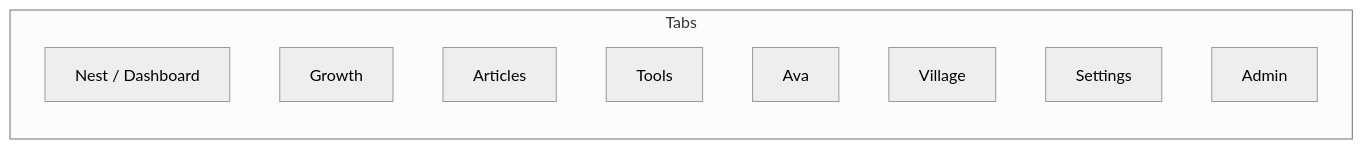
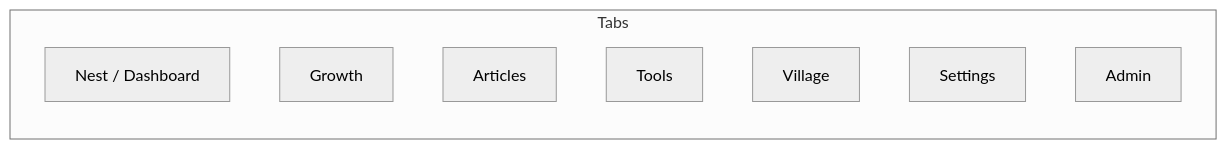
The second of 5 diagrams in docs/app-guide.md (tanakaprince49-cell/NESTLYY), drawn with Mermaid (neutral theme) before and after one commit. The commit also changed other lines of this file and 35 other files, not shown here.

````diff
--- a/docs/app-guide.md
+++ b/docs/app-guide.md
@@ -29,13 +29,12 @@
 ```mermaid
 flowchart LR
     subgraph Tabs
         dashboard[Nest / Dashboard]
         baby[Growth]
         education[Articles]
         tools[Tools]
-        ava[Ava]
         village[Village]
         settings[Settings]
         admin[Admin]
     end
 ```
````
